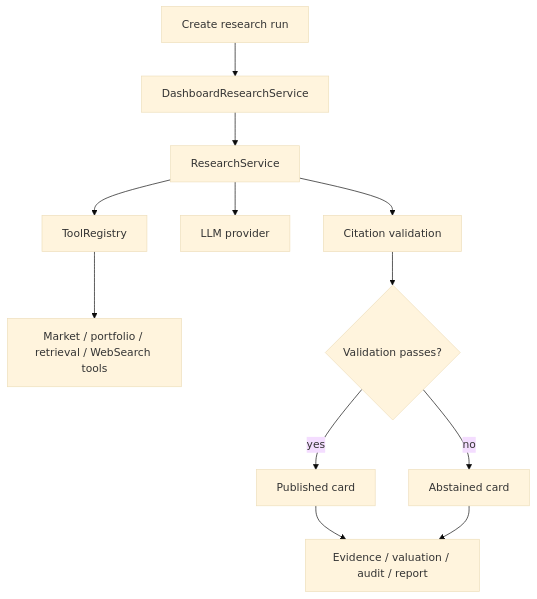
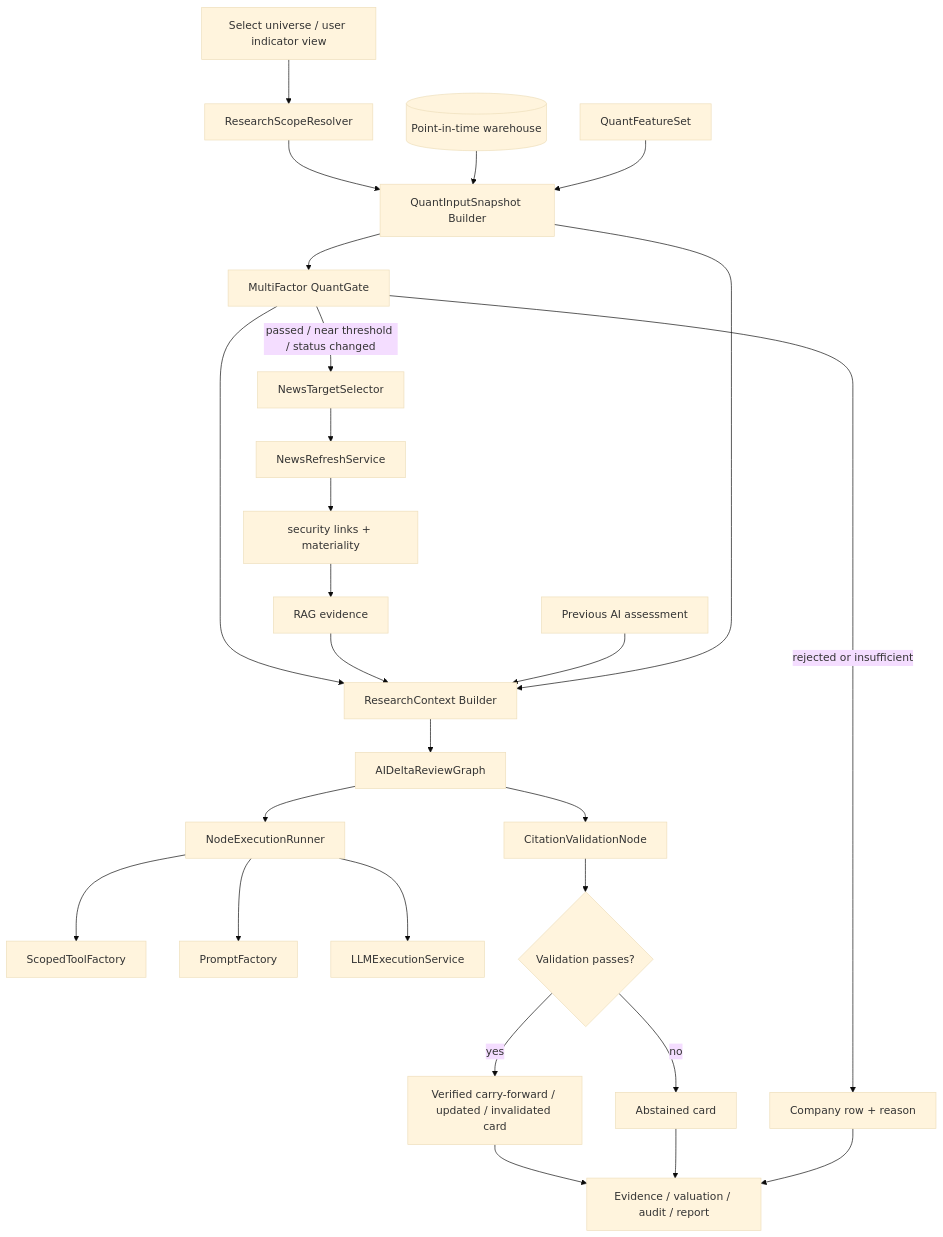
The fourth of 5 diagrams in docs/design/v0.2/product/Margin_Product_Design_v0.2_EN.md (RickyW0529/Margin), drawn with Mermaid (base theme) before and after one commit. The commit also changed other lines of this file and 469 other files, not shown here.

First line of the commit message:
fix(research,dashboard): repair deepseek-broken files; wire frontend↔backend through; refactor UI shell

````diff
--- a/docs/design/v0.2/product/Margin_Product_Design_v0.2_EN.md
+++ b/docs/design/v0.2/product/Margin_Product_Design_v0.2_EN.md
@@ -165,14 +281,29 @@
 ```mermaid
 flowchart TD
-    A[Create research run] --> B[DashboardResearchService]
-    B --> C[ResearchService]
-    C --> D[ToolRegistry]
-    D --> E[Market / portfolio / retrieval / WebSearch tools]
-    C --> F[LLM provider]
-    C --> G[Citation validation]
+    A[Select universe / user indicator view] --> B[ResearchScopeResolver]
+    B --> QI[QuantInputSnapshot Builder]
+    W[(Point-in-time warehouse)] --> QI
+    F[QuantFeatureSet] --> QI
+    QI --> Q[MultiFactor QuantGate]
+    Q -->|passed / near threshold / status changed| T[NewsTargetSelector]
+    T --> N[NewsRefreshService]
+    N --> M[security links + materiality]
+    M --> RAG[RAG evidence]
+    Q --> RC[ResearchContext Builder]
+    RAG --> RC
+    Prev[Previous AI assessment] --> RC
+    QI --> RC
+    RC --> C[AIDeltaReviewGraph]
+    Q -->|rejected or insufficient| R[Company row + reason]
+    C --> D[NodeExecutionRunner]
+    D --> TF[ScopedToolFactory]
+    D --> PF[PromptFactory]
+    D --> LLM[LLMExecutionService]
+    C --> G[CitationValidationNode]
     G --> H{Validation passes?}
-    H -->|yes| P[Published card]
-    H -->|no| Q[Abstained card]
-    P --> R[Evidence / valuation / audit / report]
-    Q --> R
+    H -->|yes| P[Verified carry-forward / updated / invalidated card]
+    H -->|no| A2[Abstained card]
+    P --> O[Evidence / valuation / audit / report]
+    A2 --> O
+    R --> O
 ```
````
